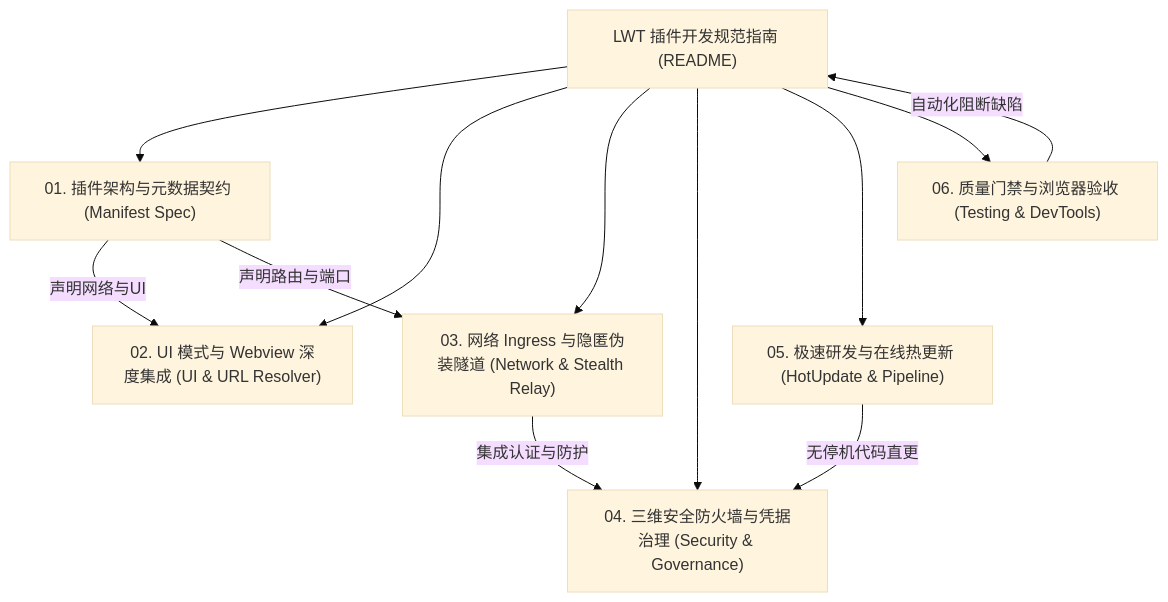
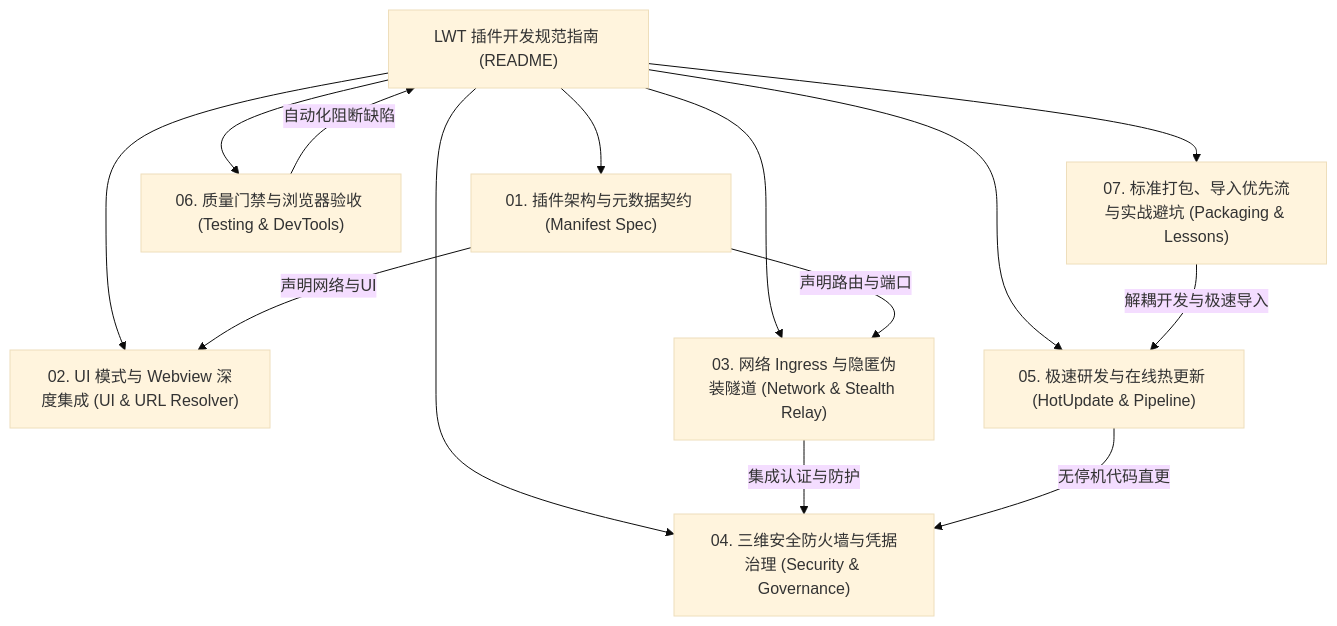
The diagram in docs/plugin-development-guide/README.md (csvkse/LWT), drawn with Mermaid (base theme) before and after one commit. The commit also changed other lines of this file and 6 other files, not shown here.

````diff
--- a/docs/plugin-development-guide/README.md
+++ b/docs/plugin-development-guide/README.md
@@ -13,15 +13,17 @@
 ```mermaid
 graph TD
     A["LWT 插件开发规范指南 (README)"] --> B["01. 插件架构与元数据契约 (Manifest Spec)"]
     A --> C["02. UI 模式与 Webview 深度集成 (UI & URL Resolver)"]
     A --> D["03. 网络 Ingress 与隐匿伪装隧道 (Network & Stealth Relay)"]
     A --> E["04. 三维安全防火墙与凭据治理 (Security & Governance)"]
     A --> F["05. 极速研发与在线热更新 (HotUpdate & Pipeline)"]
     A --> G["06. 质量门禁与浏览器验收 (Testing & DevTools)"]
+    A --> H["07. 标准打包、导入优先流与实战避坑 (Packaging & Lessons)"]
 
     B -->|声明网络与UI| C
     B -->|声明路由与端口| D
     D -->|集成认证与防护| E
     F -->|无停机代码直更| E
     G -->|自动化阻断缺陷| A
+    H -->|解耦开发与极速导入| F
 ```
````
